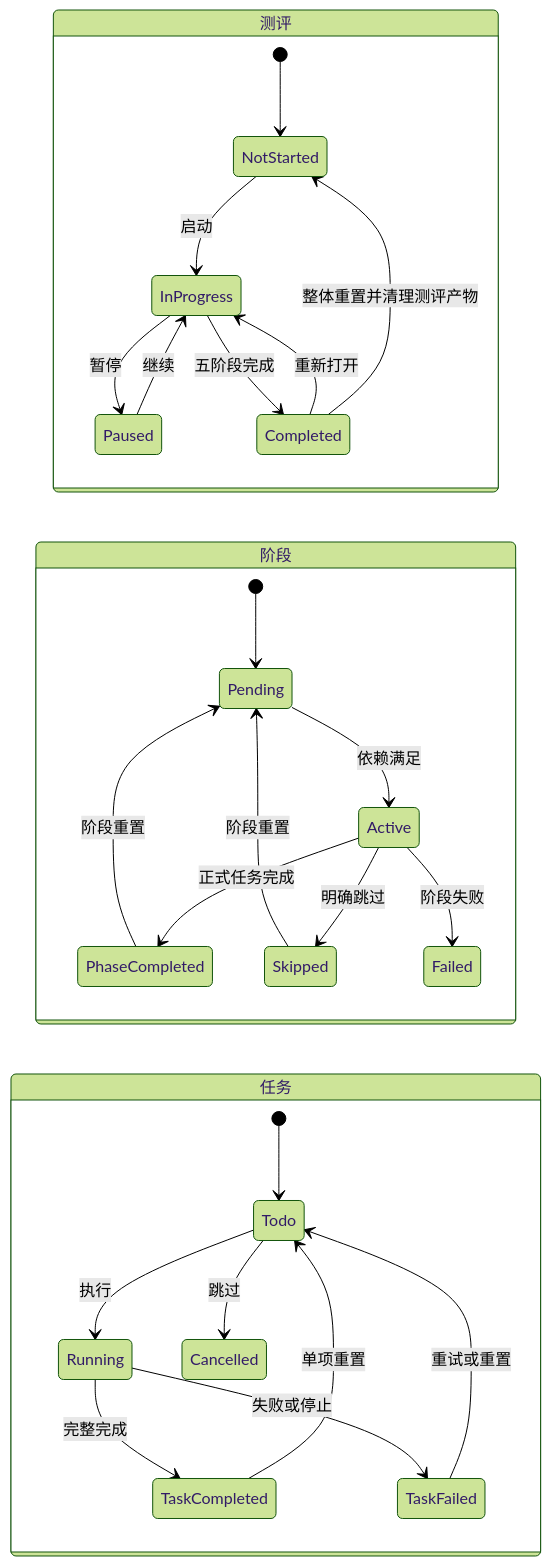
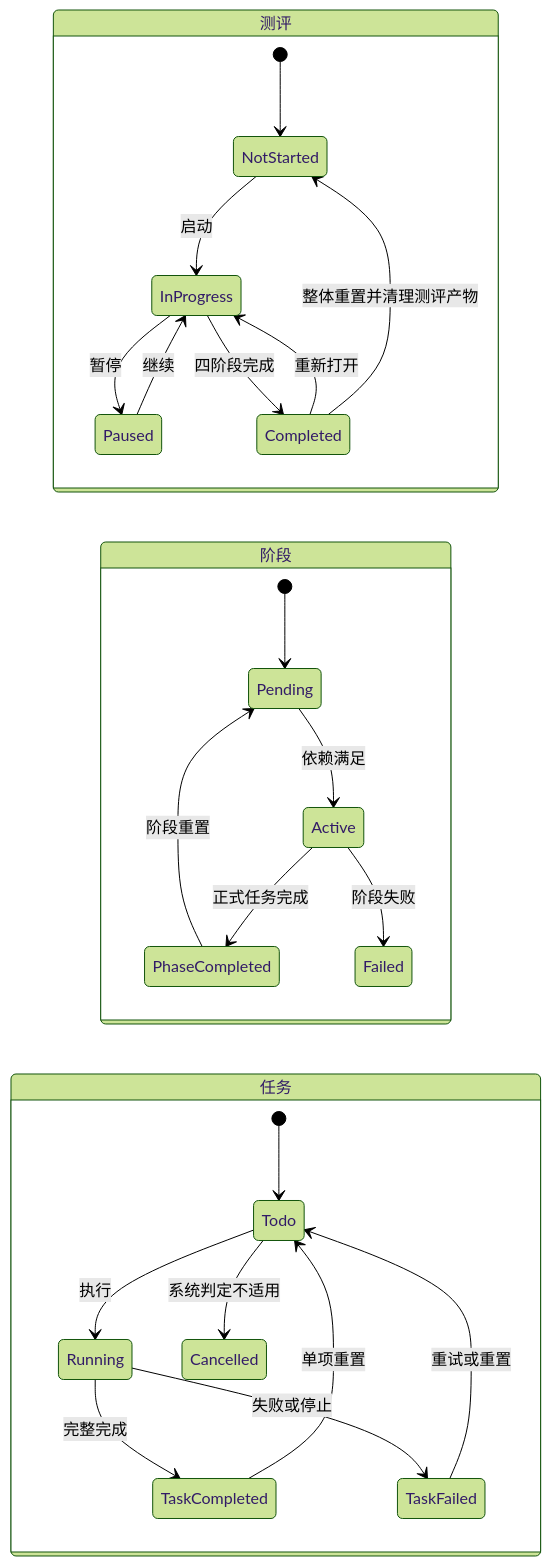
Before and after one commit to asxzsa558/CertiProof: the sixth of 11 diagrams in .opencode/plans/ARCHITECTURE.md, drawn with Mermaid (forest theme). The commit also changed other lines of this file and 120 other files, not shown here.

````diff
--- a/.opencode/plans/ARCHITECTURE.md
+++ b/.opencode/plans/ARCHITECTURE.md
@@ -604,34 +632,32 @@
 ```mermaid
 stateDiagram-v2
   direction LR
 
   state "测评" as ASSESSMENT {
     [*] --> NotStarted
     NotStarted --> InProgress: 启动
     InProgress --> Paused: 暂停
     Paused --> InProgress: 继续
-    InProgress --> Completed: 五阶段完成
+    InProgress --> Completed: 四阶段完成
     Completed --> InProgress: 重新打开
     Completed --> NotStarted: 整体重置并清理测评产物
   }
 
   state "阶段" as PHASE {
     [*] --> Pending
     Pending --> Active: 依赖满足
     Active --> PhaseCompleted: 正式任务完成
-    Active --> Skipped: 明确跳过
     Active --> Failed: 阶段失败
     PhaseCompleted --> Pending: 阶段重置
-    Skipped --> Pending: 阶段重置
   }
 
   state "任务" as TASK {
     [*] --> Todo
     Todo --> Running: 执行
     Running --> TaskCompleted: 完整完成
     Running --> TaskFailed: 失败或停止
-    Todo --> Cancelled: 跳过
+    Todo --> Cancelled: 系统判定不适用
     TaskCompleted --> Todo: 单项重置
     TaskFailed --> Todo: 重试或重置
   }
 ```
````
